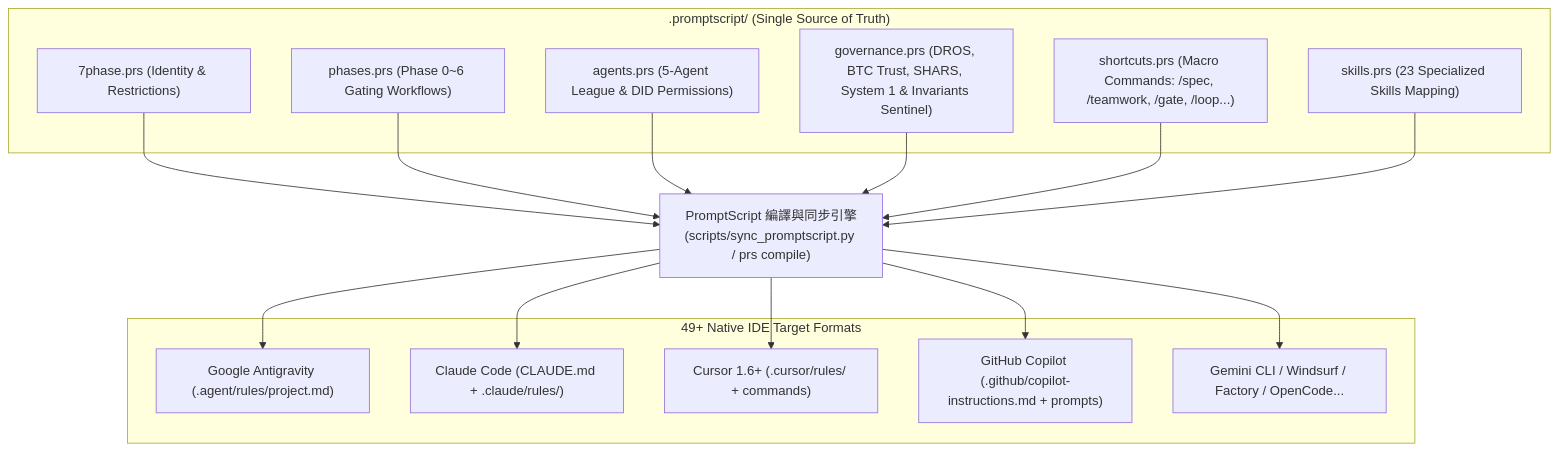
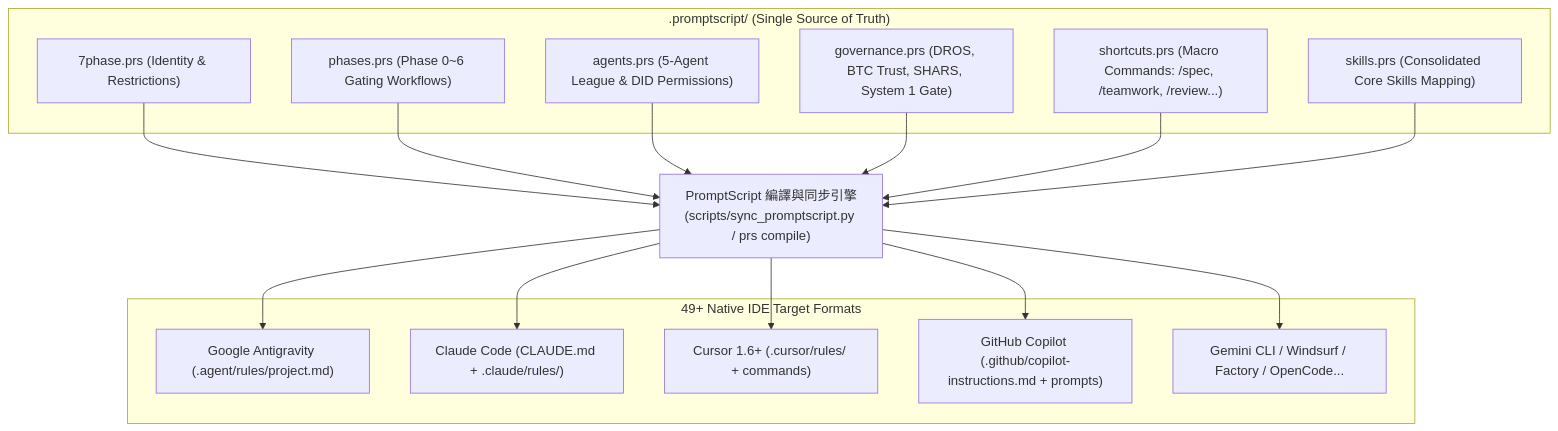
The second of 4 diagrams in README.md (PingpowerTW/7-Phase-Agentic-Workflow), drawn with Mermaid before and after one commit. The commit also changed other lines of this file and 5 other files, not shown here.

````diff
--- a/README.md
+++ b/README.md
@@ -67,24 +95,24 @@
 ```mermaid
 flowchart TD
     subgraph DSL [".promptscript/ (Single Source of Truth)"]
         A["7phase.prs (Identity & Restrictions)"]
         B["phases.prs (Phase 0~6 Gating Workflows)"]
         C["agents.prs (5-Agent League & DID Permissions)"]
-        D["governance.prs (DROS, BTC Trust, SHARS, System 1 & Invariants Sentinel)"]
-        E["shortcuts.prs (Macro Commands: /spec, /teamwork, /gate, /loop...)"]
-        F["skills.prs (23 Specialized Skills Mapping)"]
+        D["governance.prs (DROS, BTC Trust, SHARS, System 1 Gate)"]
+        E["shortcuts.prs (Macro Commands: /spec, /teamwork, /review...)"]
+        F["skills.prs (Consolidated Core Skills Mapping)"]
     end
 
     SYNC["PromptScript 編譯與同步引擎<br/>(scripts/sync_promptscript.py / prs compile)"]
 
     subgraph TARGETS ["49+ Native IDE Target Formats"]
         T1["Google Antigravity (.agent/rules/project.md)"]
         T2["Claude Code (CLAUDE.md + .claude/rules/)"]
         T3["Cursor 1.6+ (.cursor/rules/ + commands)"]
         T4["GitHub Copilot (.github/copilot-instructions.md + prompts)"]
         T5["Gemini CLI / Windsurf / Factory / OpenCode..."]
     end
 
     A & B & C & D & E & F --> SYNC
     SYNC --> T1 & T2 & T3 & T4 & T5
 ```
````
